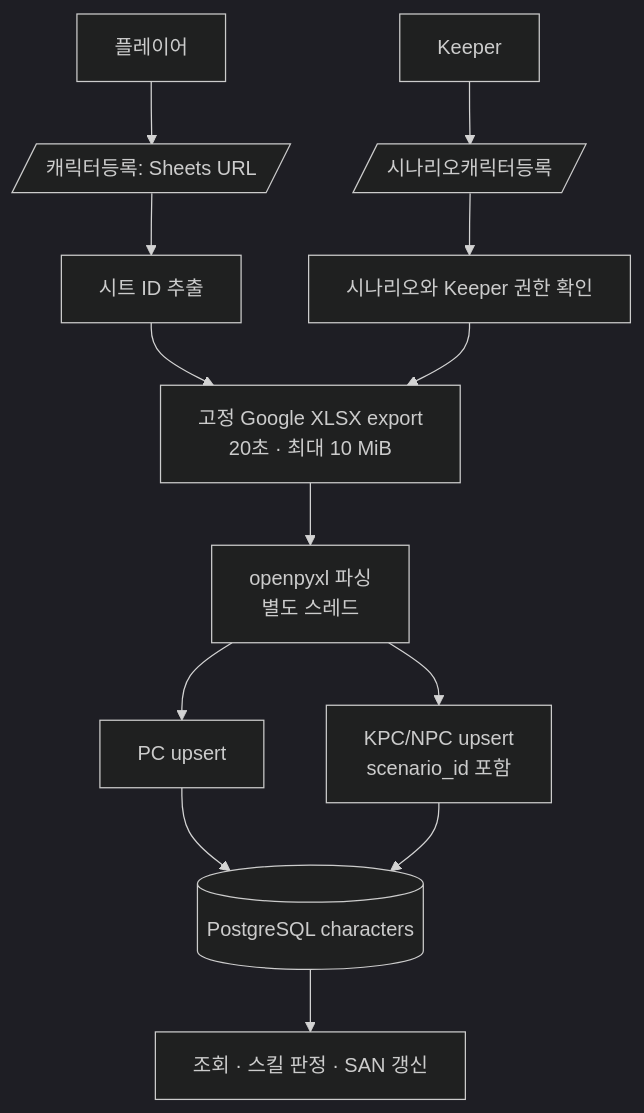
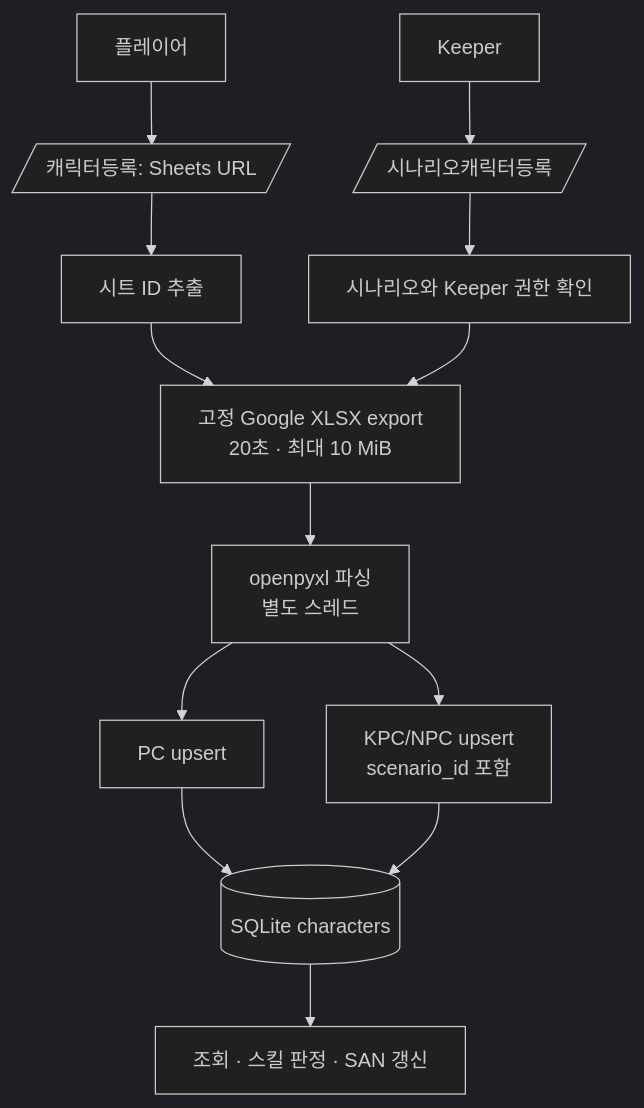
The second of 4 diagrams in docs/architecture/domain-workflows-and-scope.md (options0179/CoC-bot), drawn with Mermaid (dark theme) before and after one commit. The commit also changed other lines of this file and 14 other files, not shown here.

````diff
--- a/docs/architecture/domain-workflows-and-scope.md
+++ b/docs/architecture/domain-workflows-and-scope.md
@@ -28,15 +28,15 @@
 ```mermaid
 flowchart TD
     Player[플레이어] --> PC[/캐릭터등록: Sheets URL/]
     PC --> ID[시트 ID 추출]
     ID --> Fetch[고정 Google XLSX export<br/>20초 · 최대 10 MiB]
     Fetch --> Parse[openpyxl 파싱<br/>별도 스레드]
     Parse --> Upsert[PC upsert]
     Keeper[Keeper] --> NPC[/시나리오캐릭터등록/]
     NPC --> Auth[시나리오와 Keeper 권한 확인]
     Auth --> Fetch
-    Upsert --> DB[(PostgreSQL characters)]
+    Upsert --> DB[(SQLite characters)]
     Parse --> NPCUpsert[KPC/NPC upsert<br/>scenario_id 포함]
     NPCUpsert --> DB
     DB --> Use[조회 · 스킬 판정 · SAN 갱신]
 ```
````
